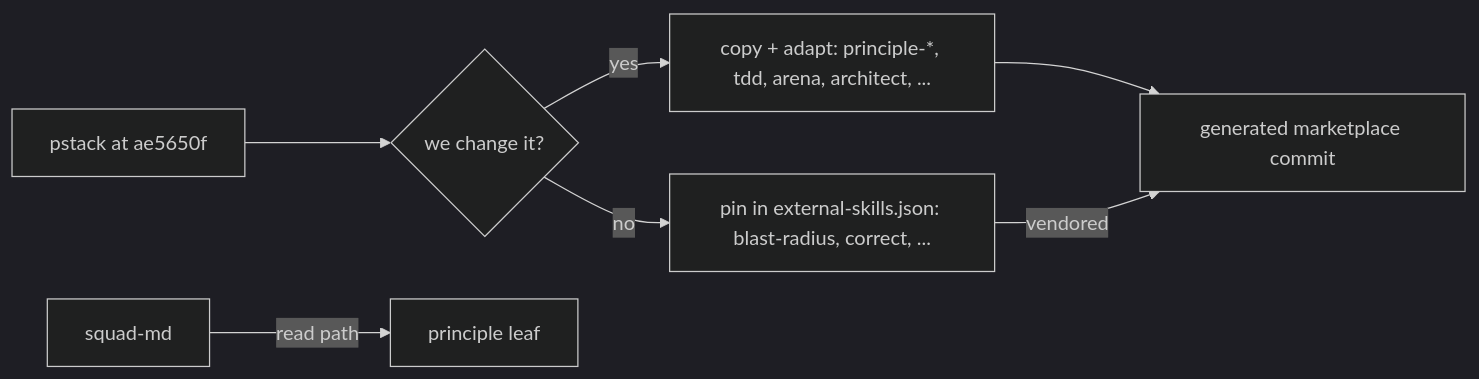
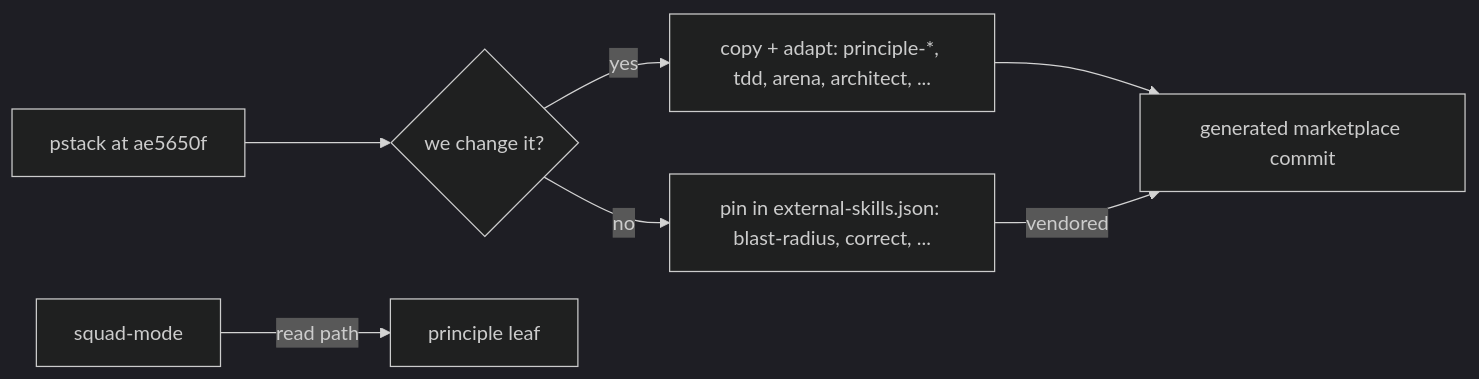
Before and after one commit to svennijhuis/agentPacks: the diagram in docs/pbi/squad/ps04-pstack-reuse.md, drawn with Mermaid (dark theme). The commit also changed other lines of this file and 27 other files, not shown here.

Commit message:
docs(pbi/squad): hubs renamed to poteto style -mode (squad-mode, pack-author-mode, pack-check-mode, statechart-mode, scenarios-mode, security-audit-mode); old -md dirs move with pointer until GA07; today paths keep main names

````diff
--- a/docs/pbi/squad/ps04-pstack-reuse.md
+++ b/docs/pbi/squad/ps04-pstack-reuse.md
@@ -126,9 +126,9 @@
 ```mermaid
 flowchart LR
   U["pstack at ae5650f"] --> Q{"we change it?"}
   Q -- yes --> C["copy + adapt: principle-*, tdd, arena, architect, ..."]
   Q -- no --> P["pin in external-skills.json: blast-radius, correct, ..."]
   C --> M["generated marketplace commit"]
   P -->|vendored| M
-  H["squad-md"] -->|read path| L["principle leaf"]
+  H["squad-mode"] -->|read path| L["principle leaf"]
 ```
````
